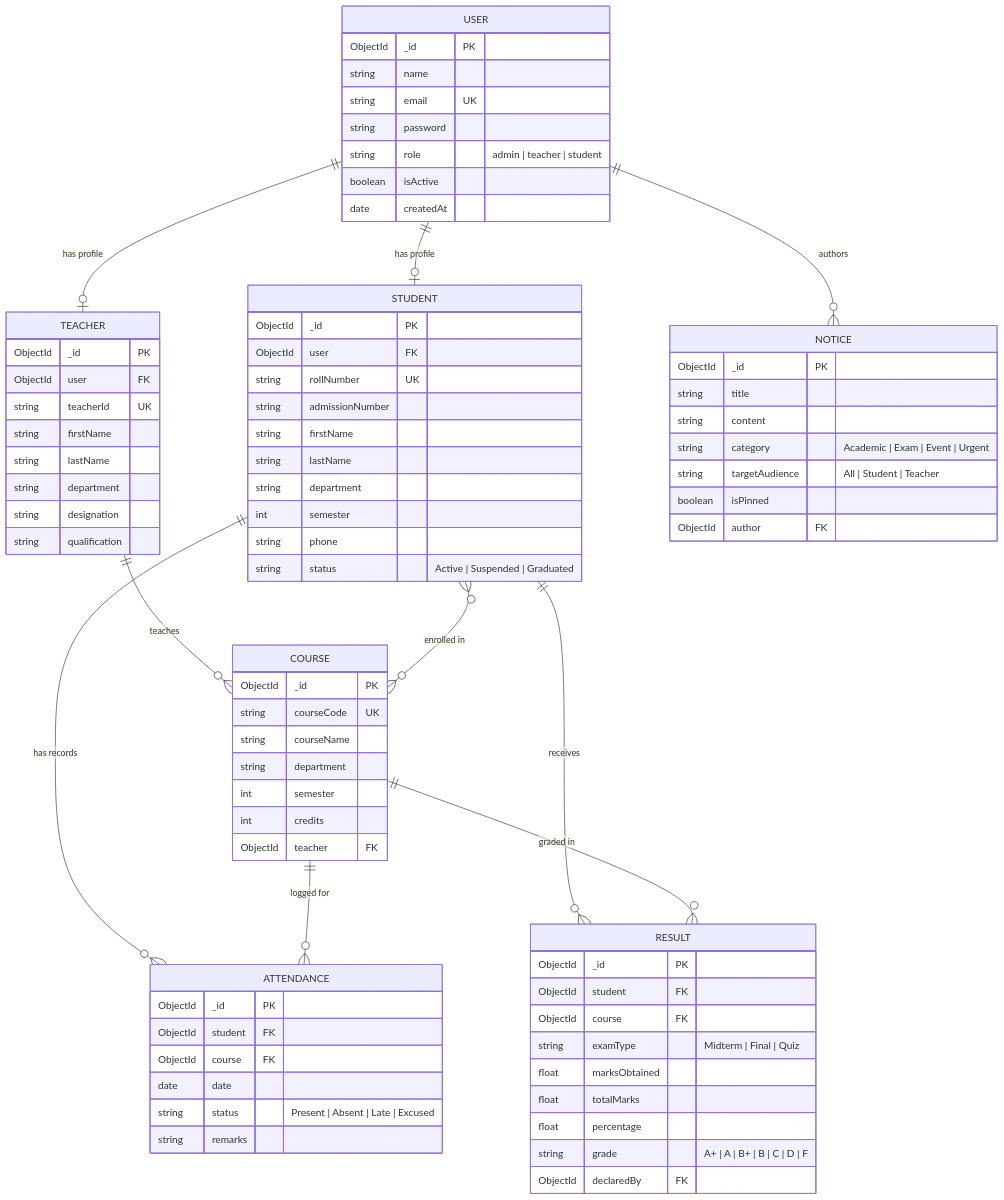
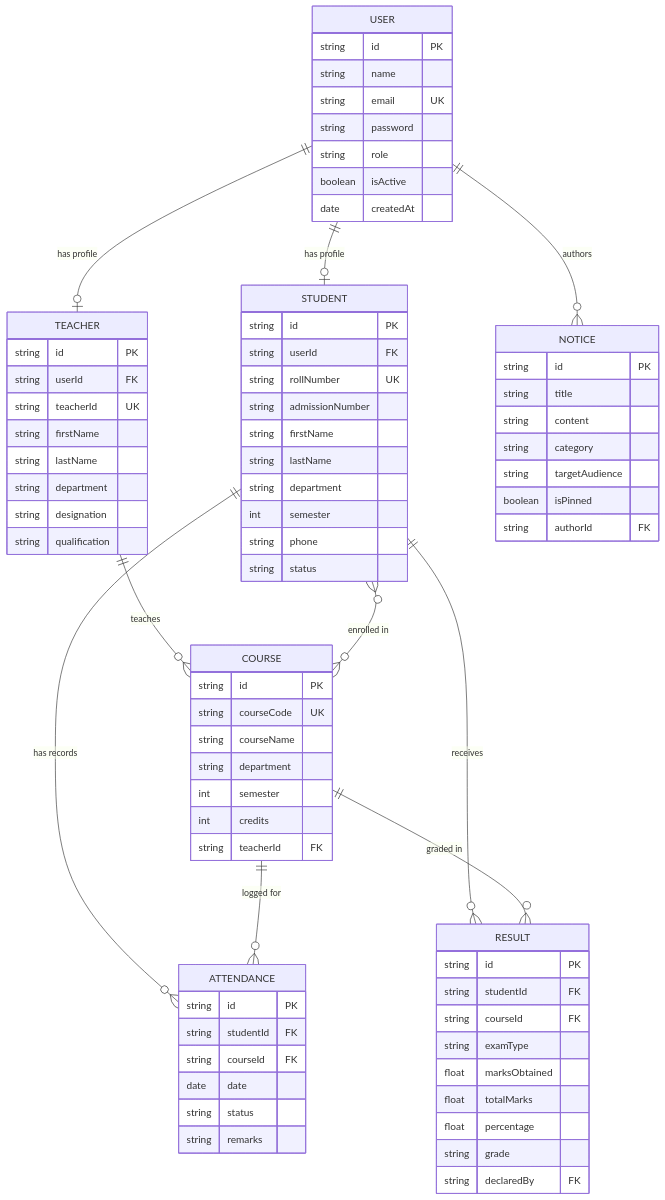
Before and after one commit to Priyanshu2647/student-management-system: the third of 4 diagrams in README.md, drawn with Mermaid. The commit also changed other lines of this file, not shown here.

Commit message:
fix: sanitize mermaid syntax for GitHub markdown rich display rendering

````diff
--- a/README.md
+++ b/README.md
@@ -132,18 +127,18 @@
     COURSE ||--o{ RESULT : "graded in"
 
     USER {
-        ObjectId _id PK
+        string id PK
         string name
         string email UK
         string password
-        string role "admin | teacher | student"
+        string role
         boolean isActive
         date createdAt
     }
 
     STUDENT {
-        ObjectId _id PK
-        ObjectId user FK
+        string id PK
+        string userId FK
         string rollNumber UK
         string admissionNumber
         string firstName
@@ -151,12 +146,12 @@
         string department
         int semester
         string phone
-        string status "Active | Suspended | Graduated"
+        string status
     }
 
     TEACHER {
-        ObjectId _id PK
-        ObjectId user FK
+        string id PK
+        string userId FK
         string teacherId UK
         string firstName
         string lastName
@@ -166,43 +161,43 @@
     }
 
     COURSE {
-        ObjectId _id PK
+        string id PK
         string courseCode UK
         string courseName
         string department
         int semester
         int credits
-        ObjectId teacher FK
+        string teacherId FK
     }
 
     ATTENDANCE {
-        ObjectId _id PK
-        ObjectId student FK
-        ObjectId course FK
+        string id PK
+        string studentId FK
+        string courseId FK
         date date
-        string status "Present | Absent | Late | Excused"
+        string status
         string remarks
     }
 
     RESULT {
-        ObjectId _id PK
-        ObjectId student FK
-        ObjectId course FK
-        string examType "Midterm | Final | Quiz"
+        string id PK
+        string studentId FK
+        string courseId FK
+        string examType
         float marksObtained
         float totalMarks
         float percentage
-        string grade "A+ | A | B+ | B | C | D | F"
-        ObjectId declaredBy FK
+        string grade
+        string declaredBy FK
     }
 
     NOTICE {
-        ObjectId _id PK
+        string id PK
         string title
         string content
-        string category "Academic | Exam | Event | Urgent"
-        string targetAudience "All | Student | Teacher"
+        string category
+        string targetAudience
         boolean isPinned
-        ObjectId author FK
+        string authorId FK
     }
 ```
````
